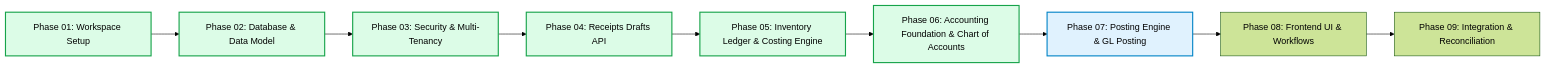
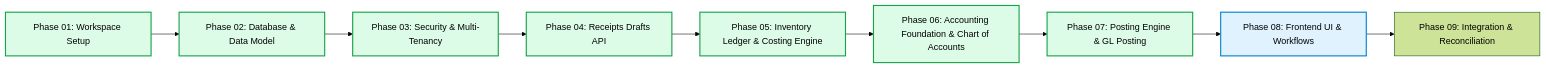
One commit to AhmedAlkasadi2003/project-erp changed the diagram in docs/IMPLEMENTATION_PLAN.md. Above: the diagram before and after it, drawn with Mermaid (forest theme). The commit also changed other lines of this file and 16 other files, not shown here.

````diff
--- a/docs/IMPLEMENTATION_PLAN.md
+++ b/docs/IMPLEMENTATION_PLAN.md
@@ -9,19 +9,20 @@
 ```mermaid
 flowchart LR
   P1[Phase 01: Workspace Setup] --> P2[Phase 02: Database & Data Model]
   P2 --> P3[Phase 03: Security & Multi-Tenancy]
   P3 --> P4[Phase 04: Receipts Drafts API]
   P4 --> P5[Phase 05: Inventory Ledger & Costing Engine]
   P5 --> P6[Phase 06: Accounting Foundation & Chart of Accounts]
   P6 --> P7[Phase 07: Posting Engine & GL Posting]
   P7 --> P8[Phase 08: Frontend UI & Workflows]
   P8 --> P9[Phase 09: Integration & Reconciliation]
 
   style P1 fill:#dcfce7,stroke:#16a34a,stroke-width:2px
   style P2 fill:#dcfce7,stroke:#16a34a,stroke-width:2px
   style P3 fill:#dcfce7,stroke:#16a34a,stroke-width:2px
   style P4 fill:#dcfce7,stroke:#16a34a,stroke-width:2px
   style P5 fill:#dcfce7,stroke:#16a34a,stroke-width:2px
   style P6 fill:#dcfce7,stroke:#16a34a,stroke-width:2px
-  style P7 fill:#e0f2fe,stroke:#0284c7,stroke-width:2px
+  style P7 fill:#dcfce7,stroke:#16a34a,stroke-width:2px
+  style P8 fill:#e0f2fe,stroke:#0284c7,stroke-width:2px
 ```
````
